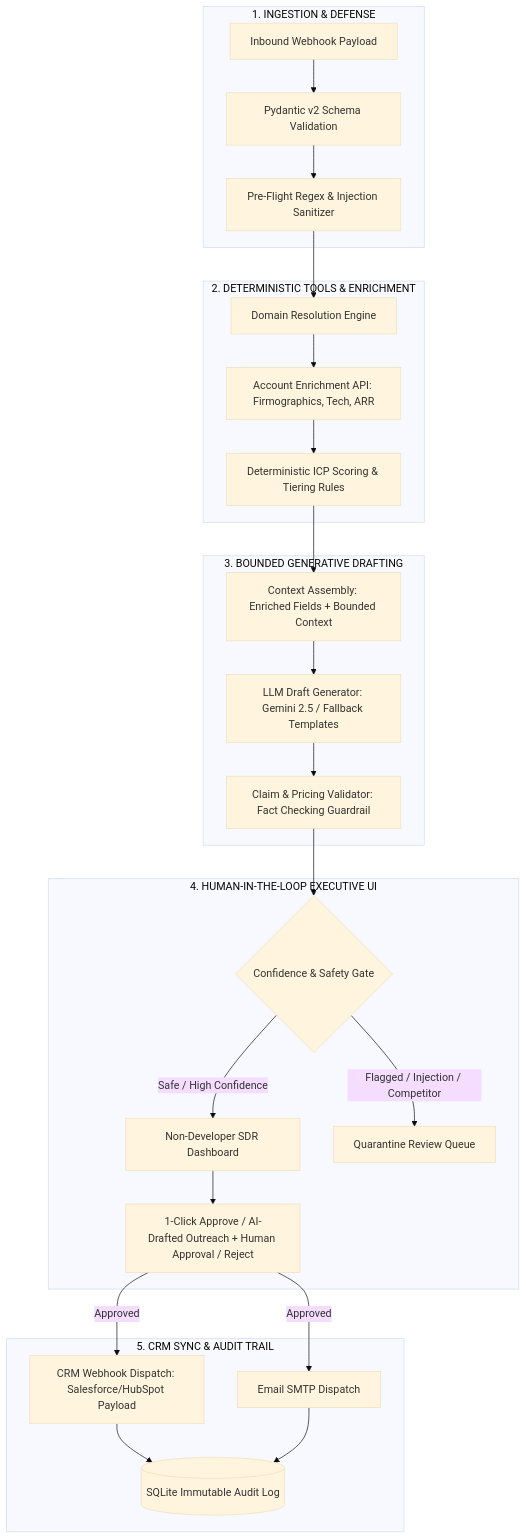
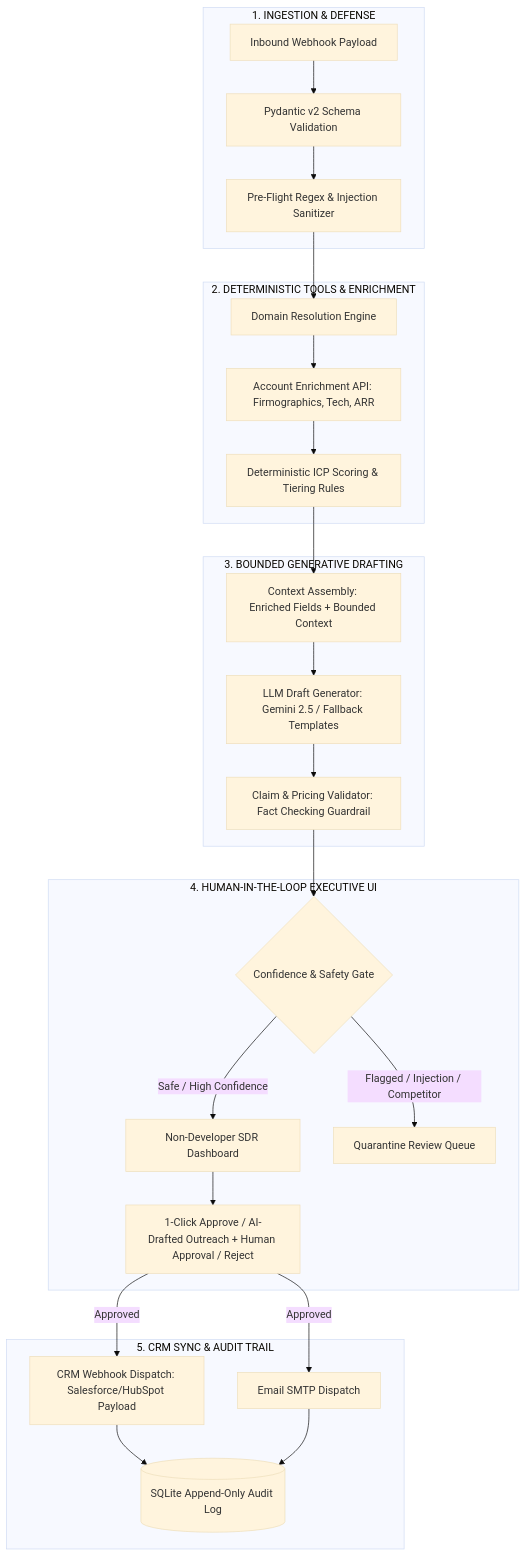
One commit to Awaisfunter/leadflow-ai changed the third of 4 diagrams in day1/day1_discover_map_baseline.md. Above: the diagram before and after it, drawn with Mermaid (base theme). The commit also changed other lines of this file and 13 other files, not shown here.

````diff
--- a/day1/day1_discover_map_baseline.md
+++ b/day1/day1_discover_map_baseline.md
@@ -456,32 +456,32 @@
 ```mermaid
 flowchart TD
     subgraph IngestionLayer["1. INGESTION & DEFENSE"]
         A[Inbound Webhook Payload] --> B[Pydantic v2 Schema Validation]
         B --> C[Pre-Flight Regex & Injection Sanitizer]
     end
 
     subgraph DeterministicLayer["2. DETERMINISTIC TOOLS & ENRICHMENT"]
         C --> D[Domain Resolution Engine]
         D --> E[Account Enrichment API: Firmographics, Tech, ARR]
         E --> F[Deterministic ICP Scoring & Tiering Rules]
     end
 
     subgraph GenerativeLayer["3. BOUNDED GENERATIVE DRAFTING"]
         F --> G[Context Assembly: Enriched Fields + Bounded Context]
         G --> H[LLM Draft Generator: Gemini 2.5 / Fallback Templates]
         H --> I[Claim & Pricing Validator: Fact Checking Guardrail]
     end
 
     subgraph ReviewLayer["4. HUMAN-IN-THE-LOOP EXECUTIVE UI"]
         I --> J{Confidence & Safety Gate}
         J -->|Safe / High Confidence| K[Non-Developer SDR Dashboard]
         J -->|Flagged / Injection / Competitor| L[Quarantine Review Queue]
         K --> M[1-Click Approve / AI-Drafted Outreach + Human Approval / Reject]
     end
 
     subgraph DispatchLayer["5. CRM SYNC & AUDIT TRAIL"]
         M -->|Approved| N[CRM Webhook Dispatch: Salesforce/HubSpot Payload]
         M -->|Approved| O[Email SMTP Dispatch]
-        N & O --> P[(SQLite Immutable Audit Log)]
+        N & O --> P[(SQLite Append-Only Audit Log)]
     end
 ```
````
